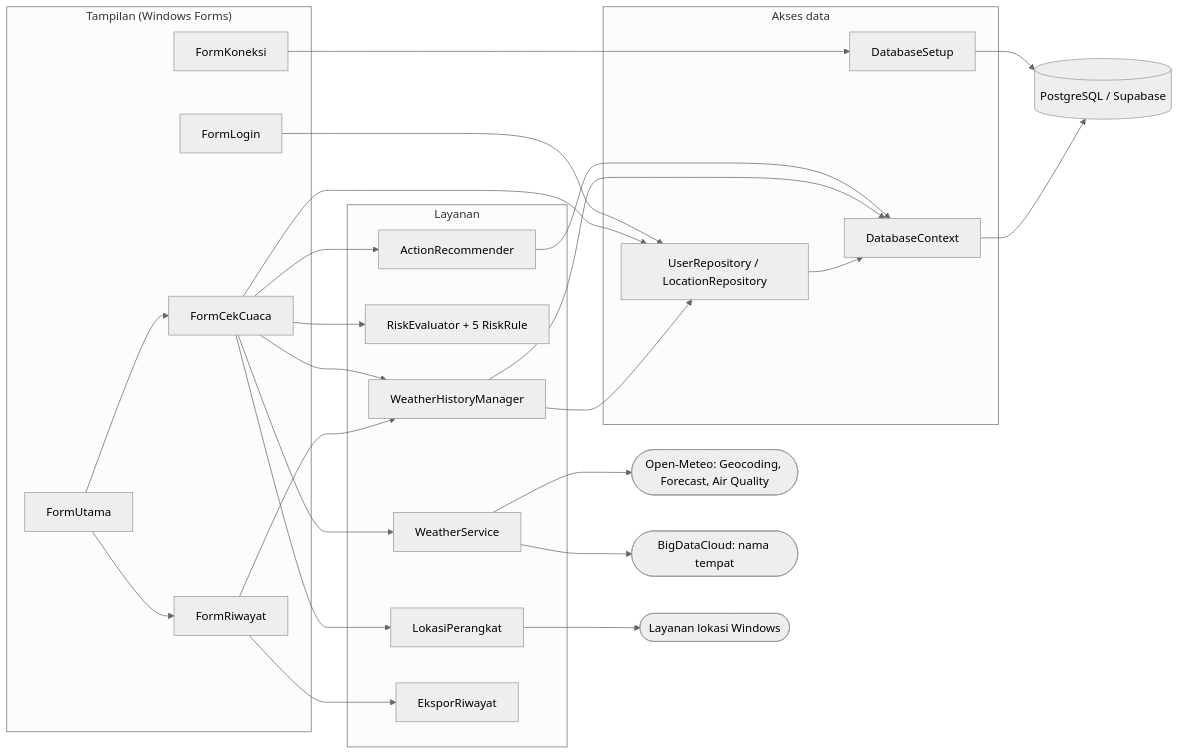
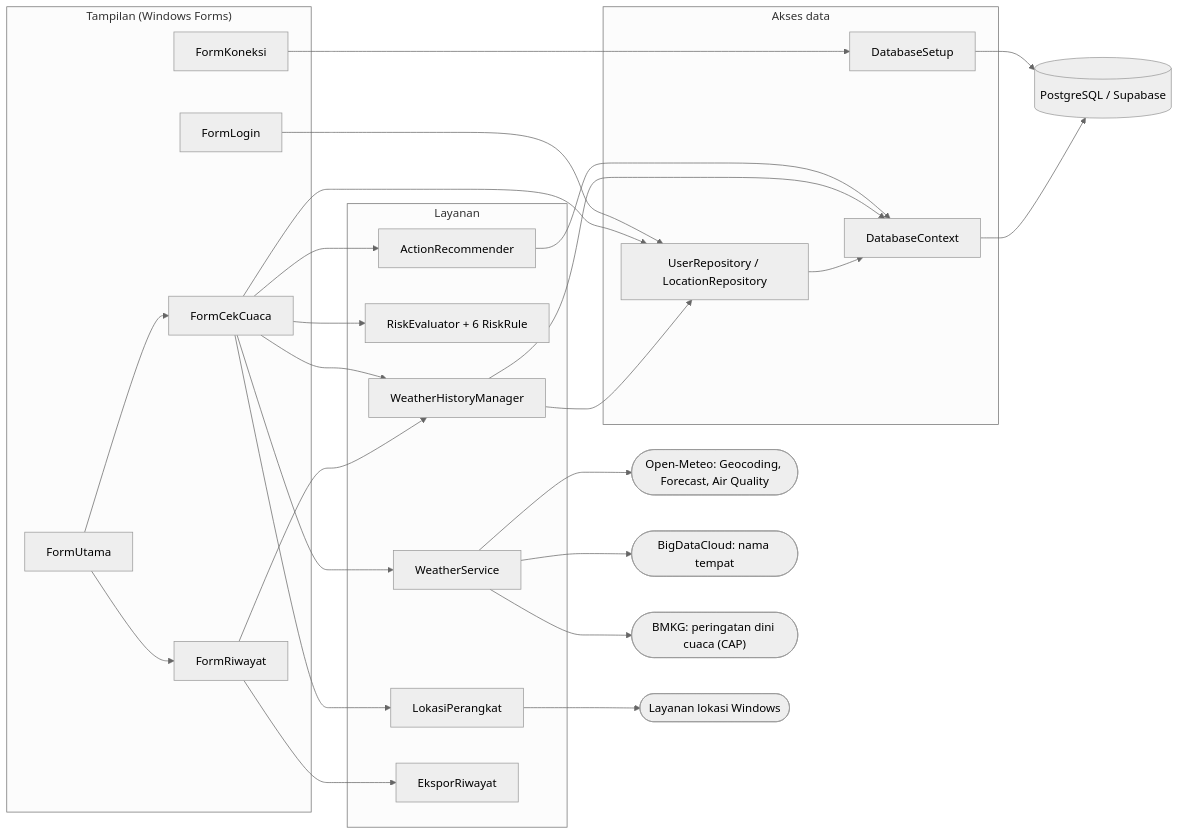
One commit to dnday/Junpro6 changed the diagram in docs/diagram/arsitektur.mmd. Above: the diagram before and after it, drawn with Mermaid (neutral theme). The commit also changed 32 other files, not shown here.

Commit message:
docs: peringatan BMKG, diagram, dan hasil pengujian terbaru

```diff
--- a/docs/diagram/arsitektur.mmd
+++ b/docs/diagram/arsitektur.mmd
@@ -1,36 +1,37 @@
 flowchart LR
     subgraph UI["Tampilan (Windows Forms)"]
         FK[FormKoneksi]
         FL[FormLogin]
         FU[FormUtama]
         FC[FormCekCuaca]
         FR[FormRiwayat]
     end
     subgraph SV["Layanan"]
         WS[WeatherService]
-        RE["RiskEvaluator + 5 RiskRule"]
+        RE["RiskEvaluator + 6 RiskRule"]
         AR[ActionRecommender]
         WH[WeatherHistoryManager]
         LP[LokasiPerangkat]
         EX[EksporRiwayat]
     end
     subgraph DA["Akses data"]
         RP["UserRepository / LocationRepository"]
         DC[DatabaseContext]
         DS[DatabaseSetup]
     end
     DB[("PostgreSQL / Supabase")]
     OM(["Open-Meteo: Geocoding, Forecast, Air Quality"])
     BD(["BigDataCloud: nama tempat"])
+    BM(["BMKG: peringatan dini cuaca (CAP)"])
     GPS(["Layanan lokasi Windows"])
 
     FK --> DS
     FL --> RP
     FU --> FC & FR
     FC --> WS & RE & AR & WH & LP & RP
     FR --> WH & EX
-    WS --> OM & BD
+    WS --> OM & BD & BM
     LP --> GPS
     WH --> RP
     AR & WH & RP --> DC
     DS & DC --> DB
```
